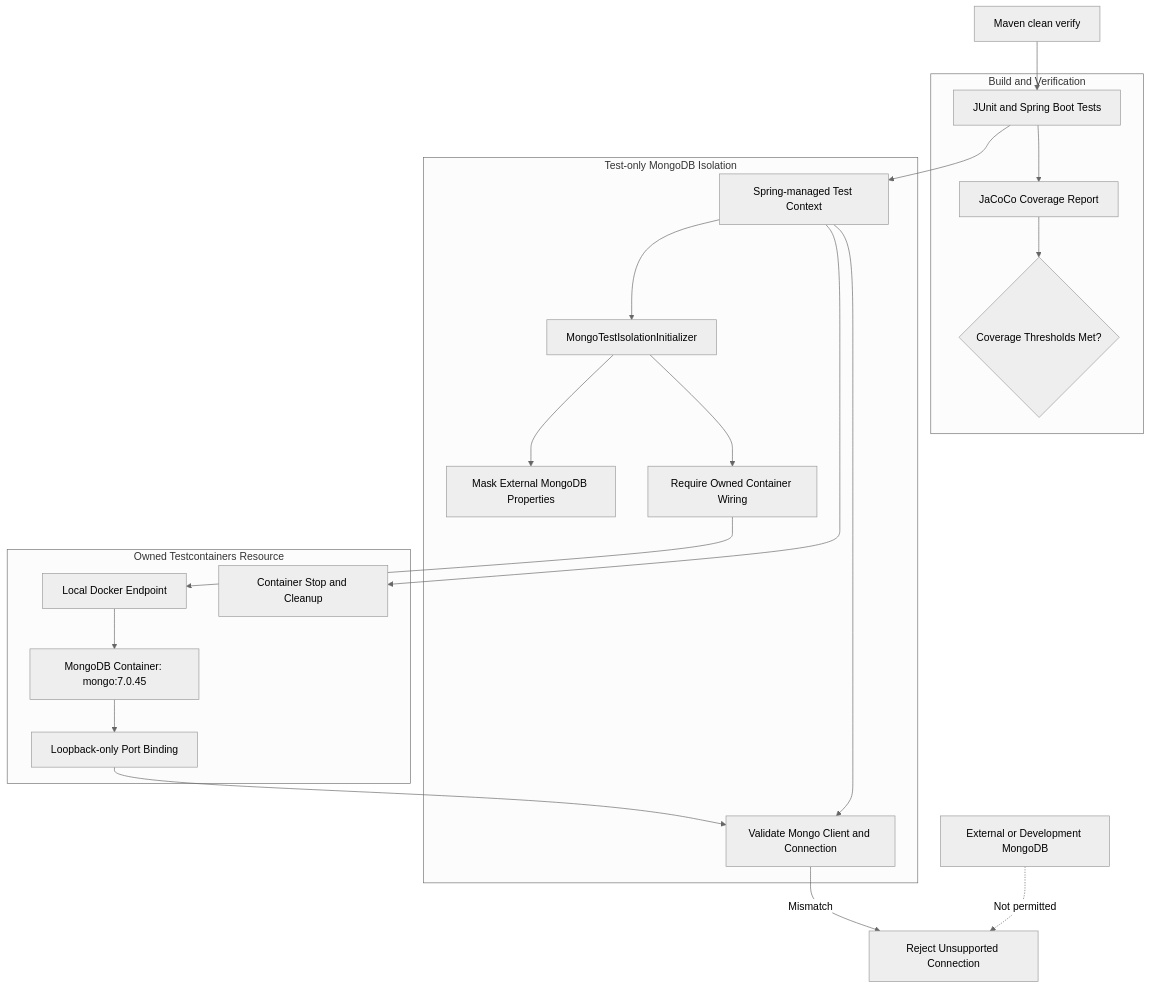
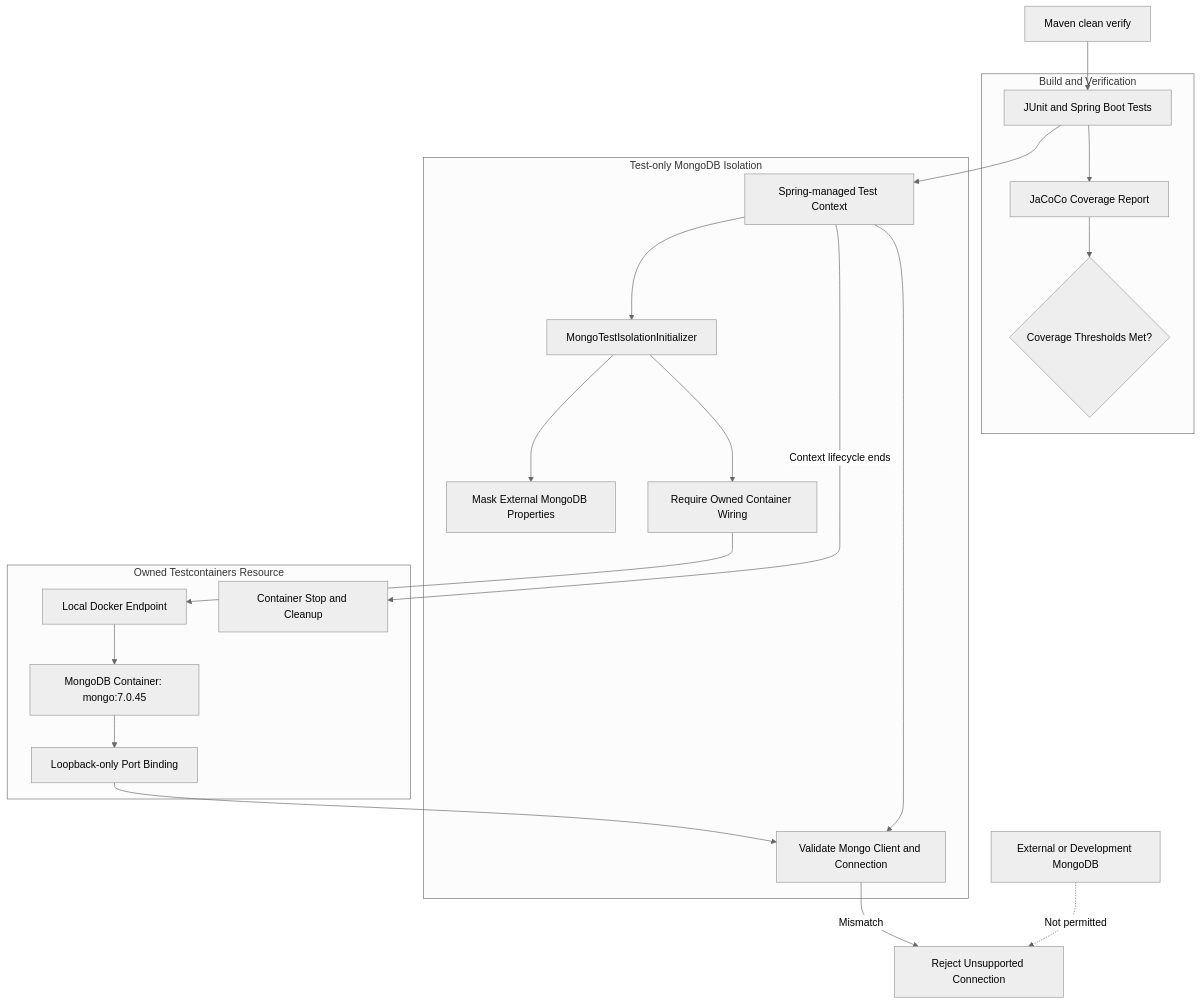
Before and after one commit to tayde-vaibhav/spring-react-demo: the diagram in docs/architecture/backend-test-isolation.md, drawn with Mermaid (neutral theme).

Commit message:
docs(architecture): clarify Mongo container lifecycle

````diff
--- a/docs/architecture/backend-test-isolation.md
+++ b/docs/architecture/backend-test-isolation.md
@@ -5,50 +5,50 @@
 ```mermaid
 flowchart TB
     Maven["Maven clean verify"]
 
     subgraph Verification["Build and Verification"]
         JUnit["JUnit and Spring Boot Tests"]
         JaCoCo["JaCoCo Coverage Report"]
         Gate{"Coverage Thresholds Met?"}
     end
 
     subgraph Isolation["Test-only MongoDB Isolation"]
         Initializer["MongoTestIsolationInitializer"]
         Mask["Mask External MongoDB Properties"]
         Wiring["Require Owned Container Wiring"]
         Guard["Validate Mongo Client and Connection"]
         Context["Spring-managed Test Context"]
     end
 
     subgraph Container["Owned Testcontainers Resource"]
         Docker["Local Docker Endpoint"]
         Mongo["MongoDB Container: mongo:7.0.45"]
         Loopback["Loopback-only Port Binding"]
         Cleanup["Container Stop and Cleanup"]
     end
 
     External["External or Development MongoDB"]
     Reject["Reject Unsupported Connection"]
 
     Maven --> JUnit
     JUnit --> Context
 
     Context --> Initializer
     Initializer --> Mask
     Initializer --> Wiring
     Wiring --> Docker
 
     Docker --> Mongo
     Mongo --> Loopback
 
     Context --> Guard
     Loopback --> Guard
 
     External -.->|"Not permitted"| Reject
     Guard -->|"Mismatch"| Reject
 
     JUnit --> JaCoCo
     JaCoCo --> Gate
 
-    Context --> Cleanup
+    Context -->|"Context lifecycle ends"| Cleanup
 ```
````
